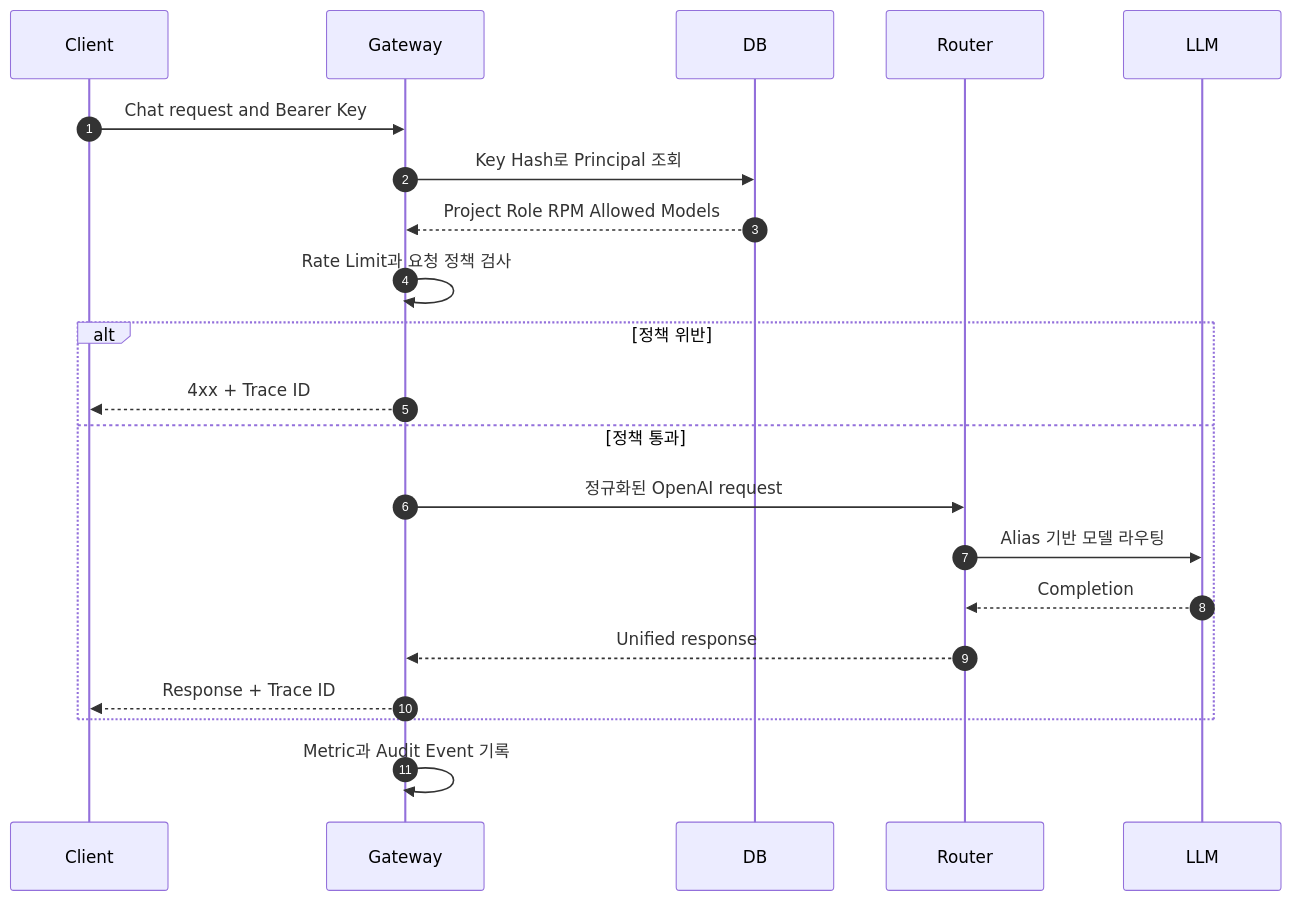
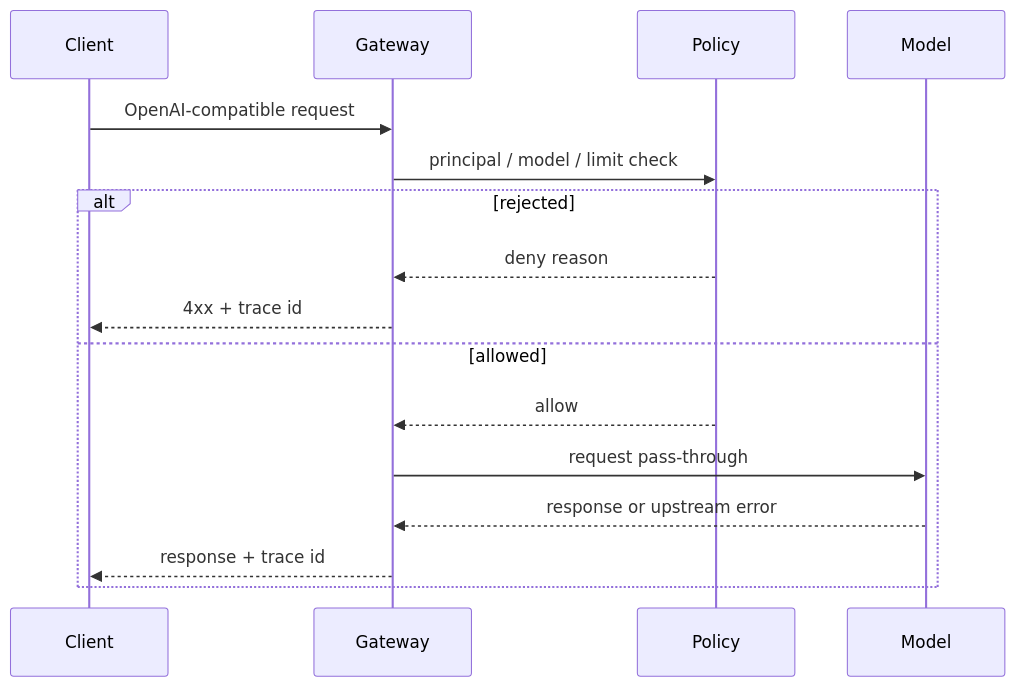
Before and after one commit to devcy0922/devcy0922.github.io: the second of 2 diagrams in docs/projects/govail-gateway.md, drawn with Mermaid. The commit also changed other lines of this file, not shown here.

````diff
--- a/docs/projects/govail-gateway.md
+++ b/docs/projects/govail-gateway.md
@@ -50,23 +86,19 @@
 ```mermaid
 sequenceDiagram
-    autonumber
     participant Client
     participant Gateway
-    participant DB
-    participant Router
-    participant LLM
-    Client->>Gateway: Chat request and Bearer Key
-    Gateway->>DB: Key Hash로 Principal 조회
-    DB-->>Gateway: Project Role RPM Allowed Models
-    Gateway->>Gateway: Rate Limit과 요청 정책 검사
-    alt 정책 위반
-        Gateway-->>Client: 4xx + Trace ID
-    else 정책 통과
-        Gateway->>Router: 정규화된 OpenAI request
-        Router->>LLM: Alias 기반 모델 라우팅
-        LLM-->>Router: Completion
-        Router-->>Gateway: Unified response
-        Gateway-->>Client: Response + Trace ID
+    participant Policy
+    participant Model
+
+    Client->>Gateway: OpenAI-compatible request
+    Gateway->>Policy: principal / model / limit check
+    alt rejected
+        Policy-->>Gateway: deny reason
+        Gateway-->>Client: 4xx + trace id
+    else allowed
+        Policy-->>Gateway: allow
+        Gateway->>Model: request pass-through
+        Model-->>Gateway: response or upstream error
+        Gateway-->>Client: response + trace id
     end
-    Gateway->>Gateway: Metric과 Audit Event 기록
 ```
````
